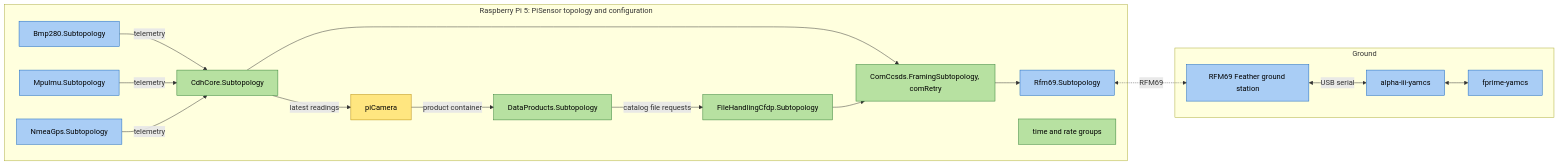
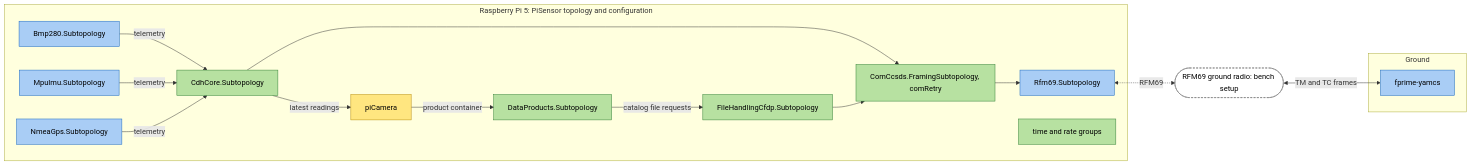
One commit to lestarch-autobot/fprime-pi-sensor-reference changed the diagram in docs/ssdd.md. Above: the diagram before and after it, drawn with Mermaid. The commit also changed other lines of this file and 4 other files, not shown here.

Commit message:
SSDD redesign pass 3: ground radio is bench setup, GPS buffer wires project-owned

````diff
--- a/docs/ssdd.md
+++ b/docs/ssdd.md
@@ -38,30 +40,30 @@
 ```mermaid
 flowchart LR
   classDef fprime fill:#b7e1a1,stroke:#2e7d32,color:#000
   classDef library fill:#a9cdf5,stroke:#1565c0,color:#000
   classDef bespoke fill:#ffe680,stroke:#b58900,color:#000
+  classDef bench fill:#fff,stroke:#777,stroke-dasharray:4 3,color:#000
   subgraph Pi5[Raspberry Pi 5: PiSensor topology and configuration]
     bmp[Bmp280.Subtopology]:::library
     imu[MpuImu.Subtopology]:::library
     gps[NmeaGps.Subtopology]:::library
     cdh[CdhCore.Subtopology]:::fprime
     cam[piCamera]:::bespoke
     dp[DataProducts.Subtopology]:::fprime
     fh[FileHandlingCfdp.Subtopology]:::fprime
     com[ComCcsds.FramingSubtopology, comRetry]:::fprime
     radio[Rfm69.Subtopology]:::library
     sched[time and rate groups]:::fprime
   end
   subgraph Ground
-    gs[RFM69 Feather ground station]:::library
-    bridge[alpha-iii-yamcs]:::library
     yamcs[fprime-yamcs]:::library
   end
+  gs([RFM69 ground radio: bench setup]):::bench
   bmp & imu & gps -- telemetry --> cdh
   cdh -- latest readings --> cam
   cam -- product container --> dp
   dp -- catalog file requests --> fh
   cdh & fh --> com --> radio
   radio <-. RFM69 .-> gs
-  gs <-- USB serial --> bridge <--> yamcs
+  gs <-- TM and TC frames --> yamcs
 ```
````
